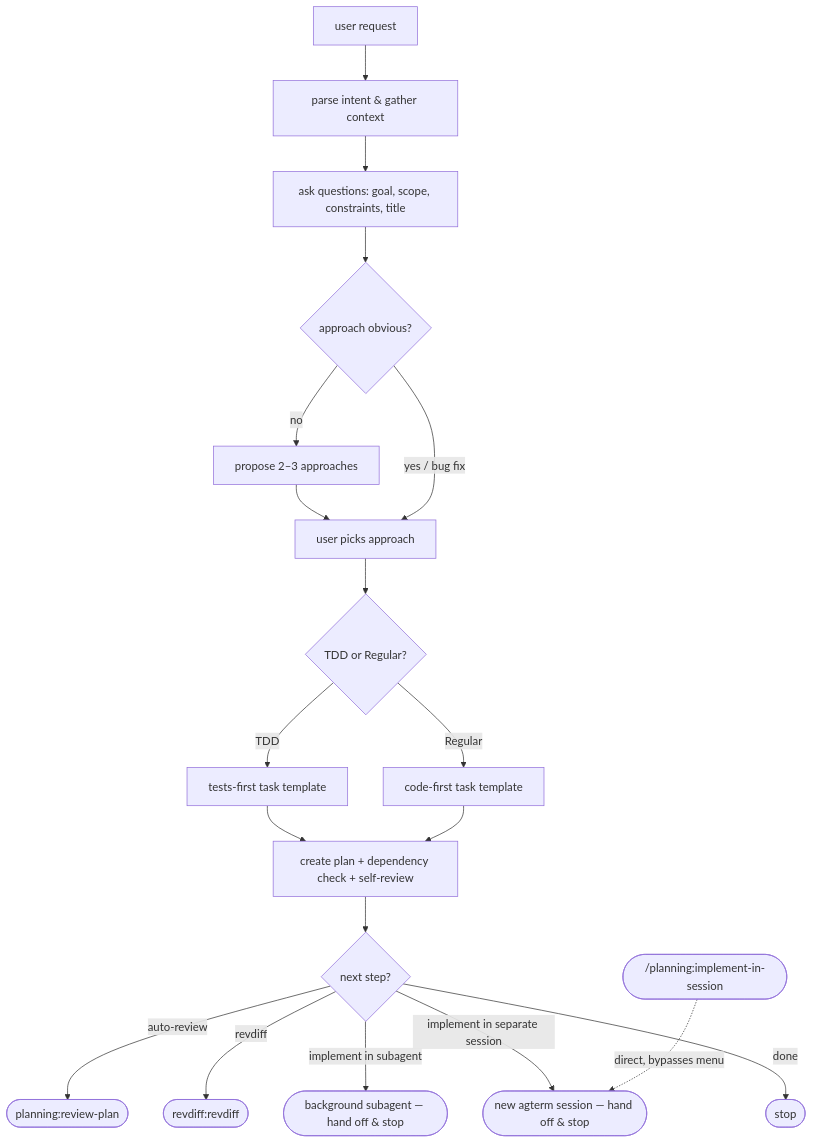
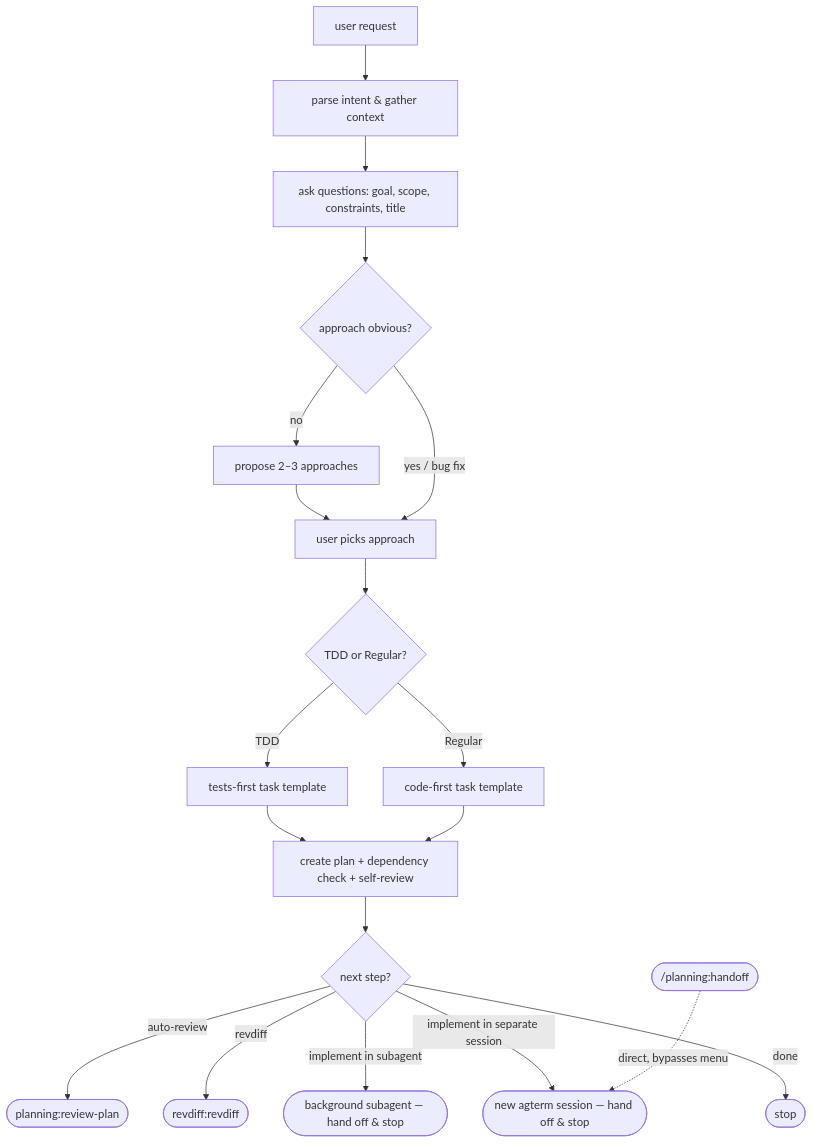
Before and after one commit to parMaster/claude-dlc: the second of 4 diagrams in README.md, drawn with Mermaid. The commit also changed other lines of this file and 4 other files, not shown here.

First line of the commit message:
rename(planning): implement-in-session -> handoff

````diff
--- a/README.md
+++ b/README.md
@@ -90,21 +90,21 @@
 ```mermaid
 flowchart TD
     A["user request"] --> B["parse intent & gather context"]
     B --> C["ask questions: goal, scope, constraints, title"]
     C --> D{"approach obvious?"}
     D -->|no| E["propose 2–3 approaches"]
     E --> F["user picks approach"]
     D -->|"yes / bug fix"| F
     F --> G{"TDD or Regular?"}
     G -->|TDD| H["tests-first task template"]
     G -->|Regular| I["code-first task template"]
     H --> J["create plan + dependency check + self-review"]
     I --> J
     J --> K{"next step?"}
     K -->|auto-review| L(["planning:review-plan"])
     K -->|revdiff| M(["revdiff:revdiff"])
     K -->|"implement in subagent"| SUB(["background subagent — hand off & stop"])
     K -->|"implement in separate session"| SESS(["new agterm session — hand off & stop"])
     K -->|done| N(["stop"])
-    EXT(["/planning:implement-in-session"]) -.->|direct, bypasses menu| SESS
+    EXT(["/planning:handoff"]) -.->|direct, bypasses menu| SESS
 ```
````
